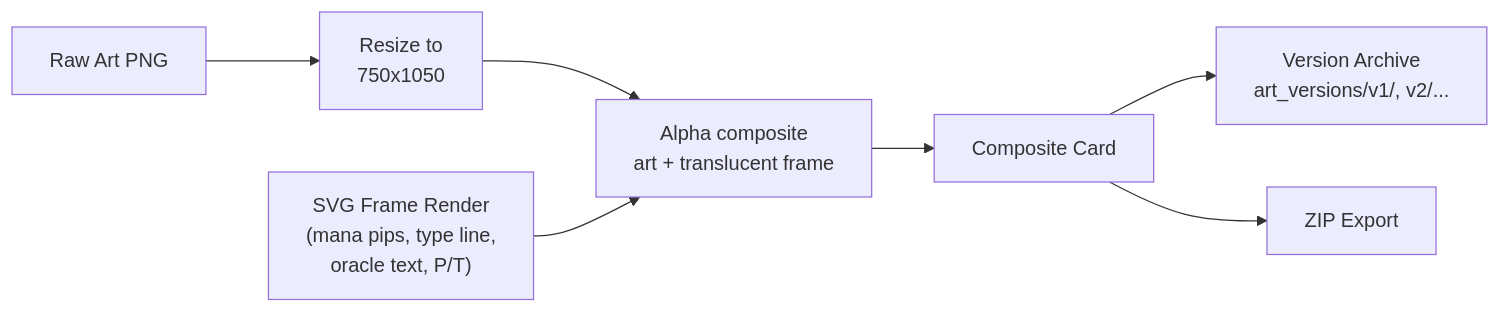
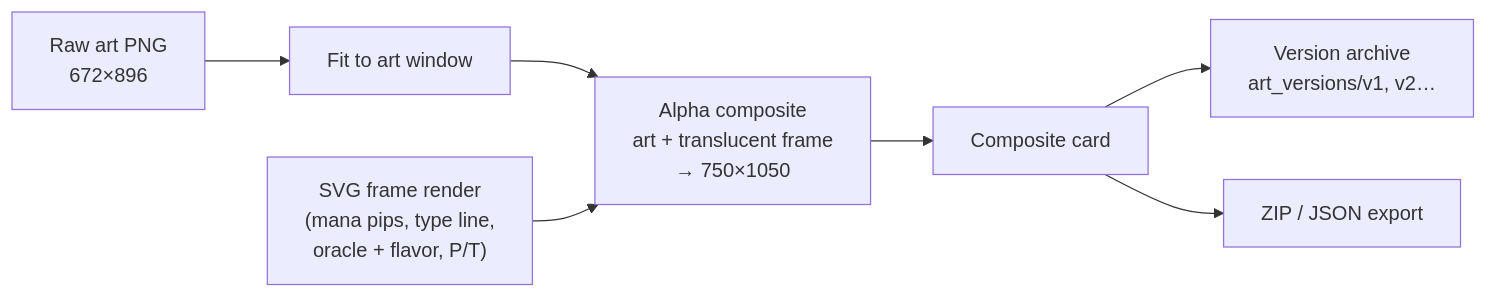
The fourth of 4 diagrams in README.md (drew-valentine/deck-art-studio), drawn with Mermaid before and after one commit. The commit also changed other lines of this file and 16 other files, not shown here.

````diff
--- a/README.md
+++ b/README.md
@@ -253,16 +192,15 @@
 ```mermaid
 flowchart LR
-    RAW["Raw Art PNG"]
-    RESIZE["Resize to\n750x1050"]
-    SVG["SVG Frame Render\n(mana pips, type line,\noracle text, P/T)"]
-    COMP["Alpha composite\nart + translucent frame"]
-    FINAL["Composite Card"]
-    ARCHIVE["Version Archive\nart_versions/v1/, v2/..."]
-    ZIP["ZIP Export"]
+    RAW["Raw art PNG\n672×896"]
+    RESIZE["Fit to art window"]
+    SVG["SVG frame render\n(mana pips, type line,\noracle + flavor, P/T)"]
+    COMP["Alpha composite\nart + translucent frame\n→ 750×1050"]
+    FINAL["Composite card"]
+    ARCHIVE["Version archive\nart_versions/v1, v2…"]
+    ZIP["ZIP / JSON export"]
 
     RAW --> RESIZE --> COMP
     SVG --> COMP
-    COMP --> FINAL
-    FINAL --> ARCHIVE
+    COMP --> FINAL --> ARCHIVE
     FINAL --> ZIP
 ```
````
